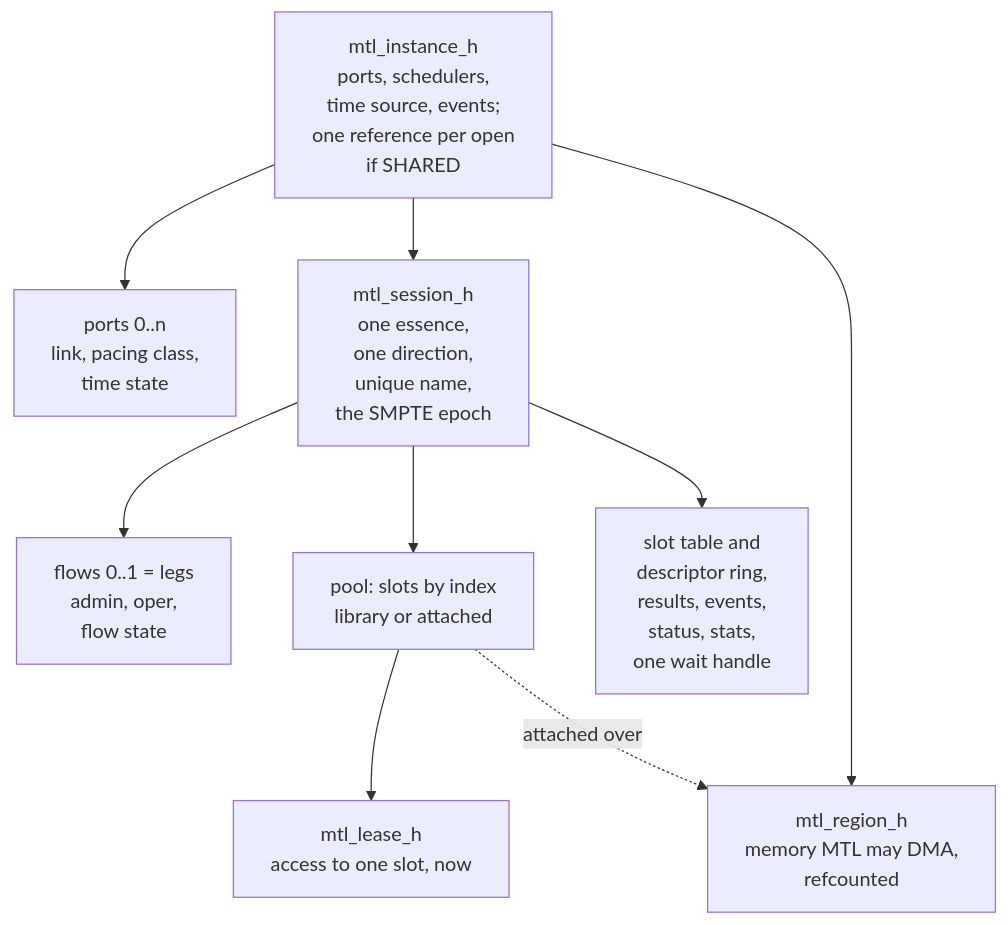
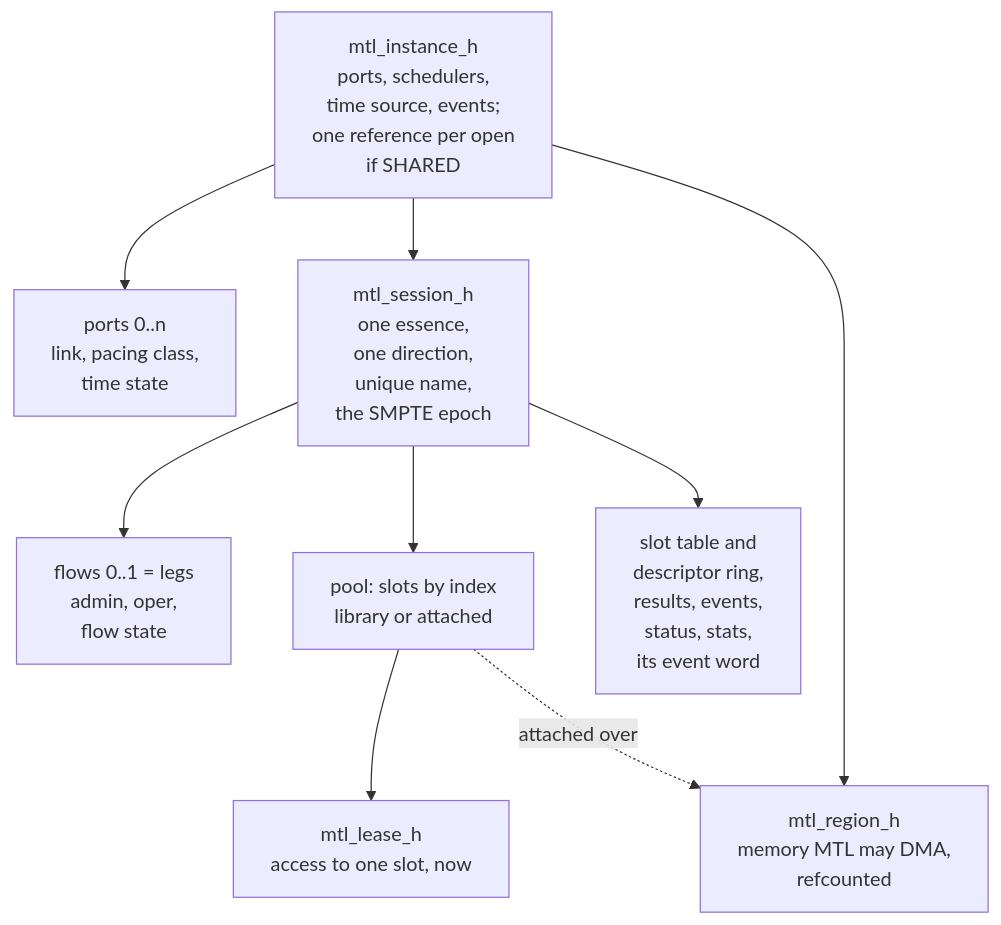
Before and after one commit to Sakoram/Media-Transport-Library: the first of 15 diagrams in doc/unified-api/contract.md, drawn with Mermaid. The commit also changed other lines of this file and 52 other files, not shown here.

````diff
--- a/doc/unified-api/contract.md
+++ b/doc/unified-api/contract.md
@@ -203,12 +198,12 @@
 ```mermaid
 flowchart TB
     I["mtl_instance_h<br/>ports, schedulers,<br/>time source, events;<br/>one reference per open<br/>if SHARED"]
     I --> P["ports 0..n<br/>link, pacing class,<br/>time state"]
     I --> S["mtl_session_h<br/>one essence,<br/>one direction,<br/>unique name,<br/>the SMPTE epoch"]
     I --> R["mtl_region_h<br/>memory MTL may DMA,<br/>refcounted"]
     S --> F["flows 0..1 = legs<br/>admin, oper,<br/>flow state"]
     S --> PL["pool: slots by index<br/>library or attached"]
-    S --> LT["slot table and<br/>descriptor ring,<br/>results, events,<br/>status, stats,<br/>one wait handle"]
+    S --> LT["slot table and<br/>descriptor ring,<br/>results, events,<br/>status, stats,<br/>its event word"]
     PL --> L["mtl_lease_h<br/>access to one slot, now"]
     PL -.->|"attached over"| R
 ```
````
